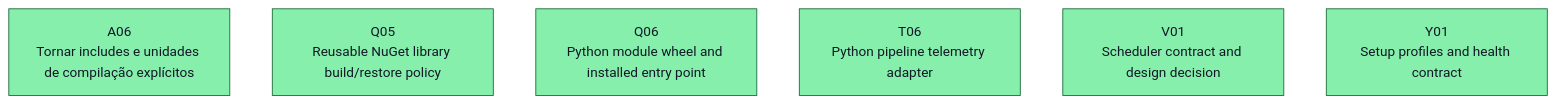
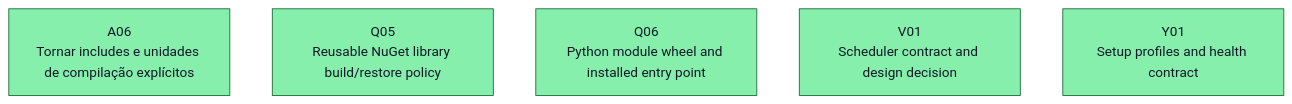
Before and after one commit to ocarizr/spaceraiders: the first of 25 diagrams in docs/task-dependencies.md, drawn with Mermaid (base theme). The commit also changed other lines of this file and 9 other files, not shown here.

First line of the commit message:
feat(T06): add Python pipeline telemetry adapter (#17)

````diff
--- a/docs/task-dependencies.md
+++ b/docs/task-dependencies.md
@@ -22,12 +24,11 @@
 ```mermaid
 flowchart TD
     ready_A06["A06<br/>Tornar includes e unidades de compilação explícitos"]:::ready
     ready_Q05["Q05<br/>Reusable NuGet library build/restore policy"]:::ready
     ready_Q06["Q06<br/>Python module wheel and installed entry point"]:::ready
-    ready_T06["T06<br/>Python pipeline telemetry adapter"]:::ready
     ready_V01["V01<br/>Scheduler contract and design decision"]:::ready
     ready_Y01["Y01<br/>Setup profiles and health contract"]:::ready
     classDef pending fill:#ffffff,stroke:#6b7280,color:#111827
     classDef ready fill:#86efac,stroke:#166534,color:#111827
     classDef done fill:#f87171,stroke:#991b1b,color:#111827
 ```
````
